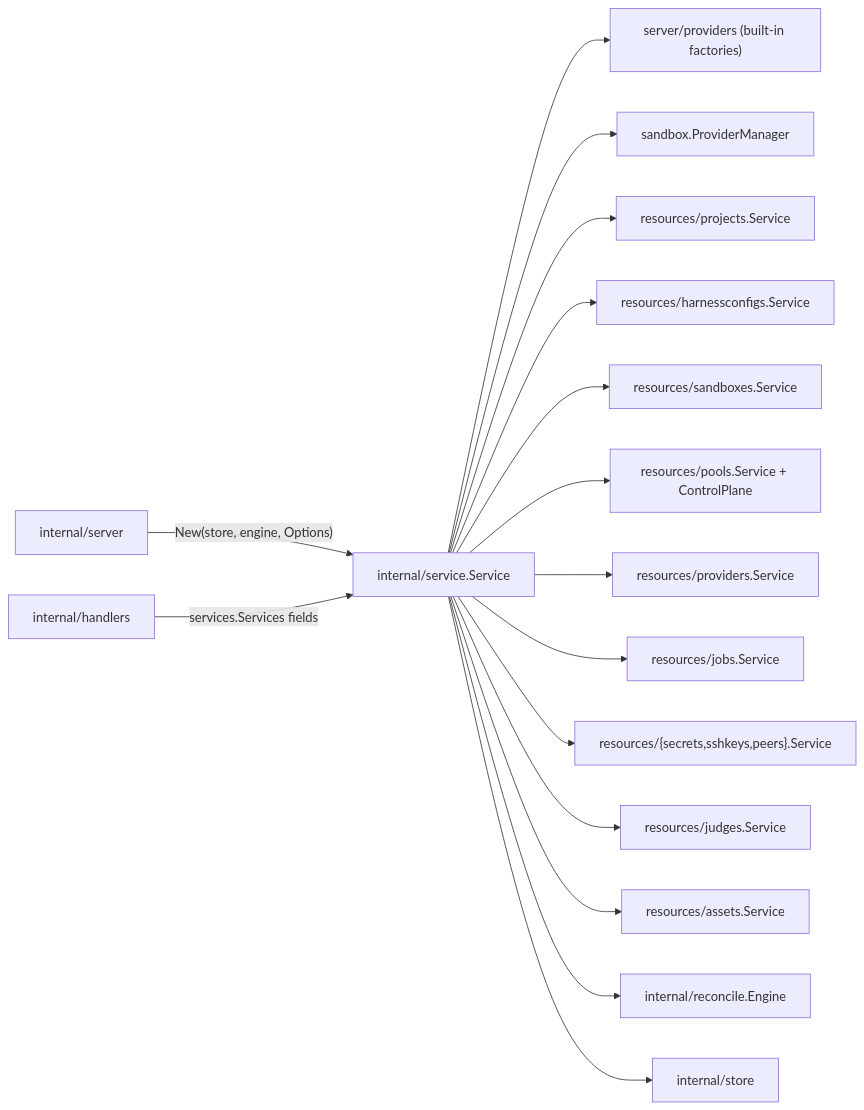
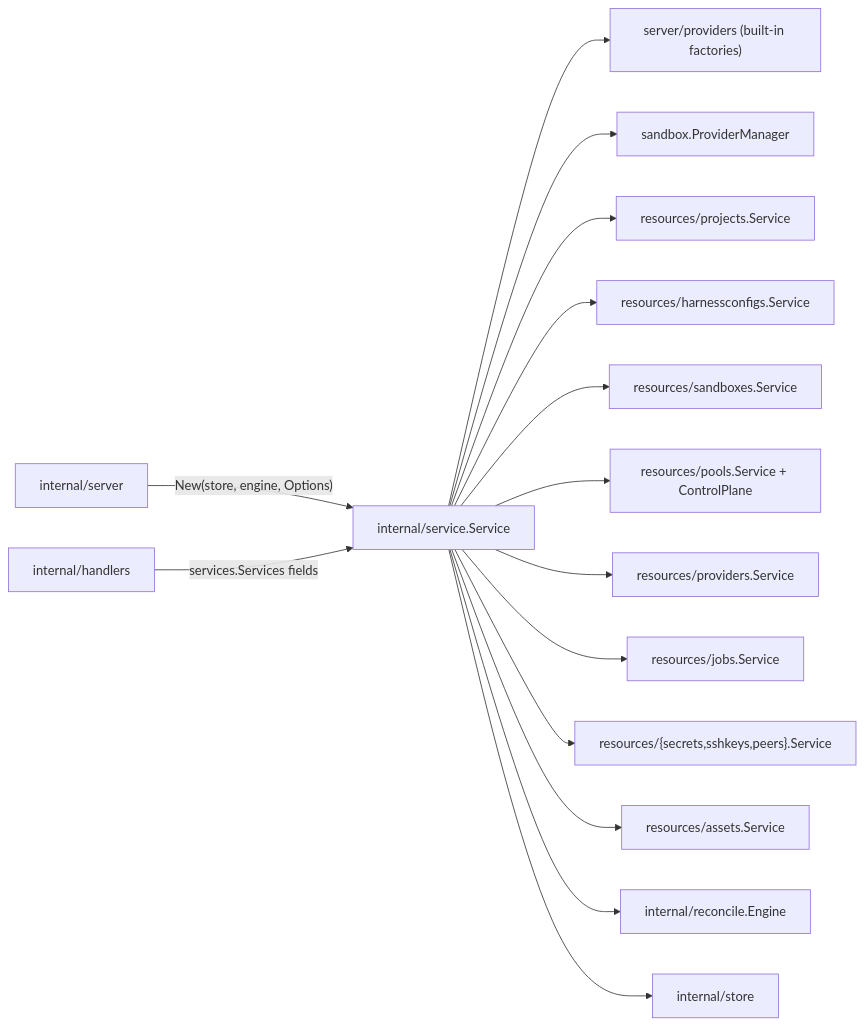
The first of 2 diagrams in server/internal/service/DESIGN.md (discobox-ai/discobox), drawn with Mermaid before and after one commit. The commit also changed other lines of this file and 681 other files, not shown here.

````diff
--- a/server/internal/service/DESIGN.md
+++ b/server/internal/service/DESIGN.md
@@ -9,18 +9,17 @@
 ```mermaid
 flowchart LR
     server[internal/server] -->|"New(store, engine, Options)"| service[internal/service.Service]
     handlers[internal/handlers] -->|services.Services fields| service
     service --> registry["server/providers (built-in factories)"]
     service --> pm[sandbox.ProviderManager]
     service --> projects[resources/projects.Service]
     service --> harnessconfigs[resources/harnessconfigs.Service]
     service --> sandboxes[resources/sandboxes.Service]
     service --> pools["resources/pools.Service + ControlPlane"]
     service --> providers[resources/providers.Service]
     service --> jobs[resources/jobs.Service]
     service --> others["resources/{secrets,sshkeys,peers}.Service"]
-    service --> judges[resources/judges.Service]
     service --> assets[resources/assets.Service]
     service --> engine[internal/reconcile.Engine]
     service --> store[internal/store]
 ```
````
